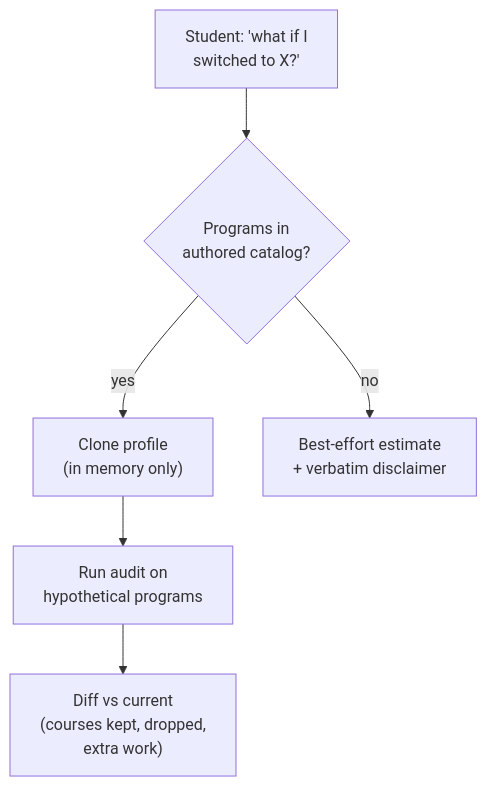
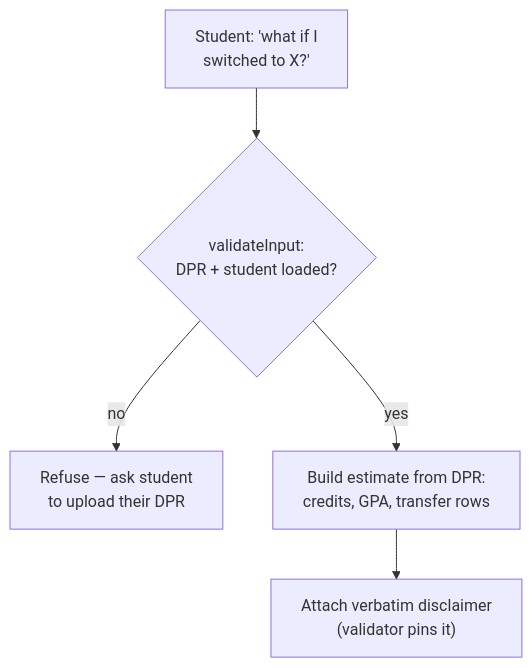
The diagram in Docs/current-system/tools/what_if_audit.md (EdoardoMongardi/NYU_Path), drawn with Mermaid before and after one commit. The commit also changed other lines of this file and 73 other files, not shown here.

````diff
--- a/Docs/current-system/tools/what_if_audit.md
+++ b/Docs/current-system/tools/what_if_audit.md
@@ -15,12 +22,11 @@
 ```mermaid
 flowchart TD
     Q["Student: 'what if I<br/>switched to X?'"]
-    AUTH{"Programs in<br/>authored catalog?"}
-    CLONE["Clone profile<br/>(in memory only)"]
-    AUDIT["Run audit on<br/>hypothetical programs"]
-    DIFF["Diff vs current<br/>(courses kept, dropped,<br/>extra work)"]
-    EST["Best-effort estimate<br/>+ verbatim disclaimer"]
-    Q --> AUTH
-    AUTH -- yes --> CLONE --> AUDIT --> DIFF
-    AUTH -- no --> EST
+    V{"validateInput:<br/>DPR + student loaded?"}
+    REJ["Refuse — ask student<br/>to upload their DPR"]
+    EST["Build estimate from DPR:<br/>credits, GPA, transfer rows"]
+    DISC["Attach verbatim disclaimer<br/>(validator pins it)"]
+    Q --> V
+    V -- no --> REJ
+    V -- yes --> EST --> DISC
 ```
````
